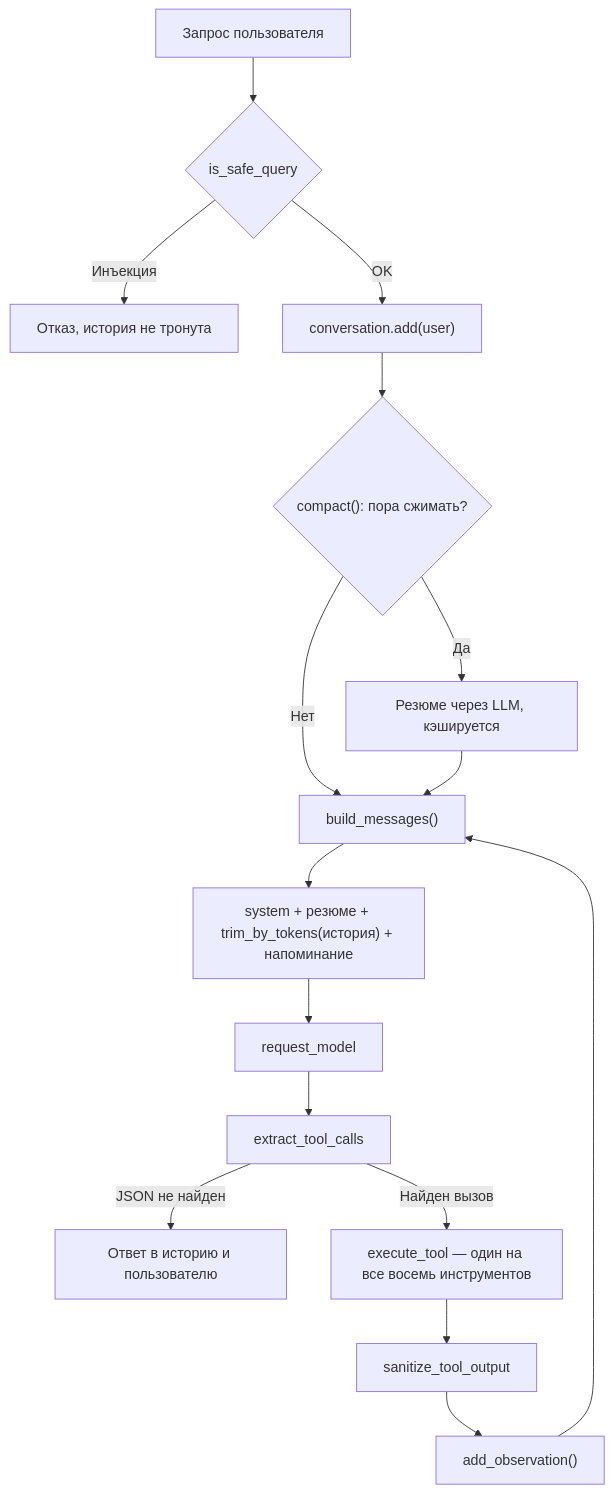
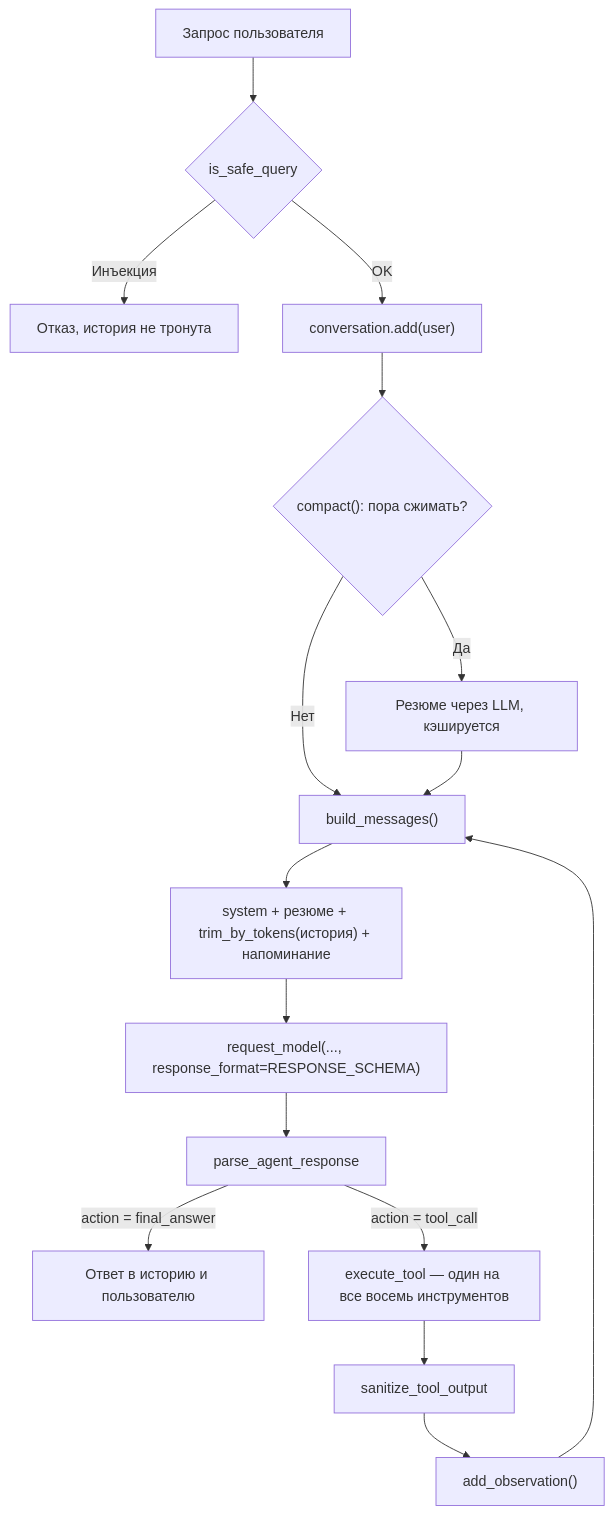
The third of 4 diagrams in chapter3/README.md (io982/firstAgent), drawn with Mermaid before and after one commit. The commit also changed other lines of this file and 10 other files, not shown here.

````diff
--- a/chapter3/README.md
+++ b/chapter3/README.md
@@ -746,22 +778,22 @@
 ```mermaid
 graph TD
     A["Запрос пользователя"] --> B{"is_safe_query"}
     B -- "Инъекция" --> Z["Отказ, история не тронута"]
     B -- "OK" --> C["conversation.add(user)"]
 
     C --> C2{"compact(): пора сжимать?"}
     C2 -- "Да" --> C3["Резюме через LLM, кэшируется"]
     C2 -- "Нет" --> D
     C3 --> D["build_messages()"]
 
     D --> D2["system + резюме + trim_by_tokens(история) + напоминание"]
-    D2 --> E["request_model"]
-    E --> F["extract_tool_calls"]
+    D2 --> E["request_model(..., response_format=RESPONSE_SCHEMA)"]
+    E --> F["parse_agent_response"]
 
-    F -- "JSON не найден" --> Y["Ответ в историю и пользователю"]
-    F -- "Найден вызов" --> G["execute_tool — один на все восемь инструментов"]
+    F -- "action = final_answer" --> Y["Ответ в историю и пользователю"]
+    F -- "action = tool_call" --> G["execute_tool — один на все восемь инструментов"]
 
     G --> J["sanitize_tool_output"]
     J --> K["add_observation()"]
     K --> D
 ```
````
